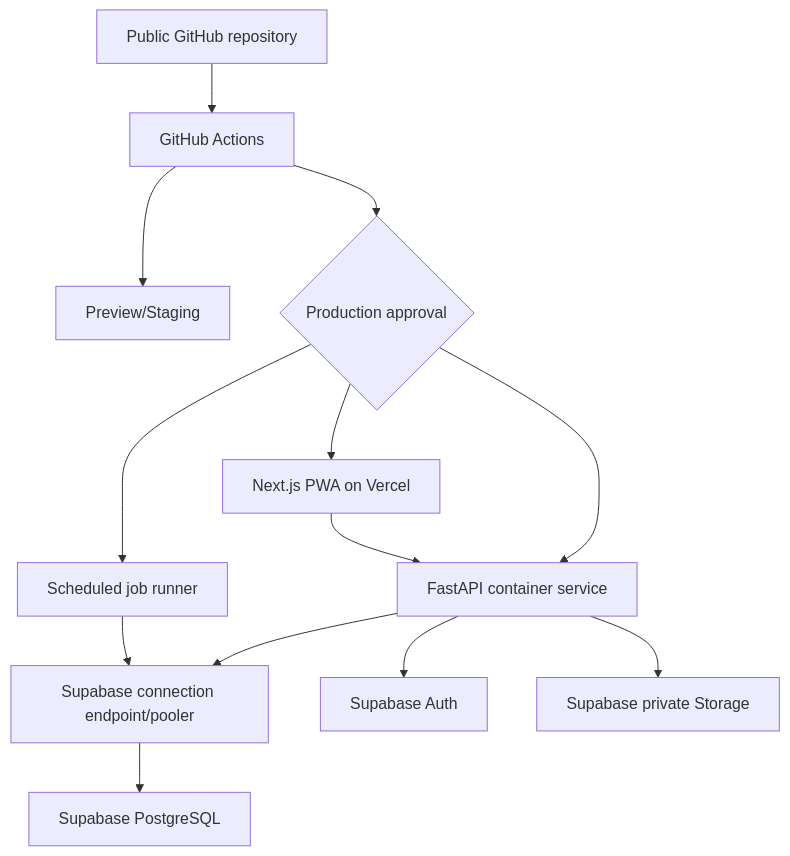
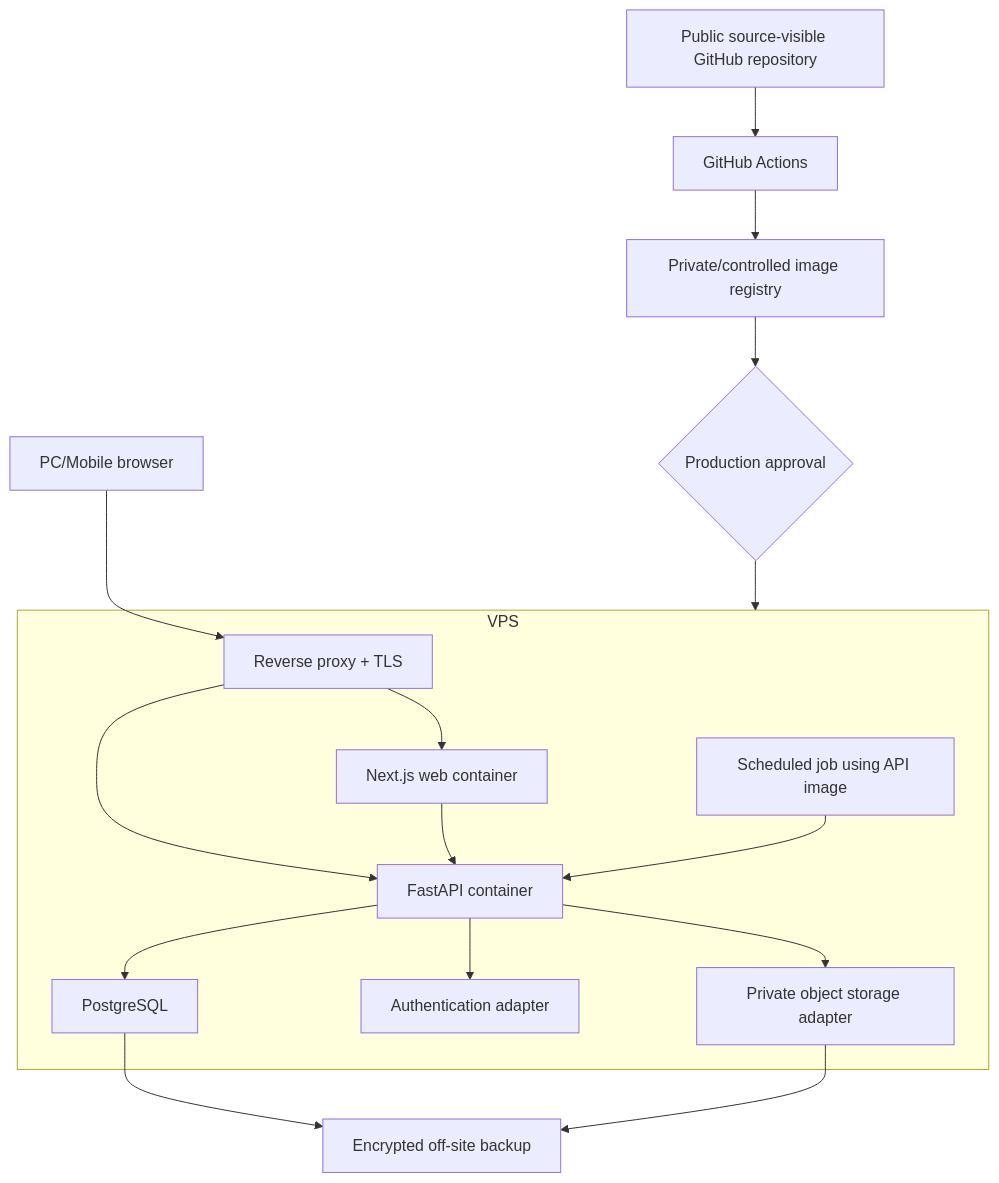
One commit to nguyentan510/RubikStock changed the diagram in docs/02-architecture/DEPLOYMENT_ARCHITECTURE.md. Above: the diagram before and after it, drawn with Mermaid. The commit also changed other lines of this file and 55 other files, not shown here.

````diff
--- a/docs/02-architecture/DEPLOYMENT_ARCHITECTURE.md
+++ b/docs/02-architecture/DEPLOYMENT_ARCHITECTURE.md
@@ -9,15 +9,19 @@
 ```mermaid
 flowchart TB
-    GitHub["Public GitHub repository"] --> CI["GitHub Actions"]
-    CI --> Preview["Preview/Staging"]
-    CI --> Approval{"Production approval"}
-    Approval --> Web["Next.js PWA on Vercel"]
-    Approval --> API["FastAPI container service"]
-    Approval --> Job["Scheduled job runner"]
-    Web --> API
-    API --> Pool["Supabase connection endpoint/pooler"]
-    Job --> Pool
-    Pool --> PG["Supabase PostgreSQL"]
-    API --> Auth["Supabase Auth"]
-    API --> Storage["Supabase private Storage"]
+    GitHub["Public source-visible GitHub repository"] --> CI["GitHub Actions"]
+    CI --> Registry["Private/controlled image registry"]
+    Registry --> Approval{"Production approval"}
+    Approval --> VPS["Linux VPS"]
+    Client["PC/Mobile browser"] --> Proxy["Reverse proxy + TLS"]
+    subgraph VPS
+        Proxy --> Web["Next.js web container"]
+        Proxy --> API["FastAPI container"]
+        Web --> API
+        Job["Scheduled job using API image"] --> API
+        API --> PG["PostgreSQL"]
+        API --> Auth["Authentication adapter"]
+        API --> Storage["Private object storage adapter"]
+    end
+    PG --> Backup["Encrypted off-site backup"]
+    Storage --> Backup
 ```
````
